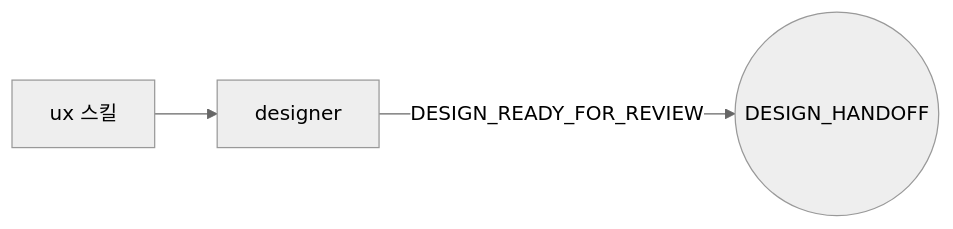
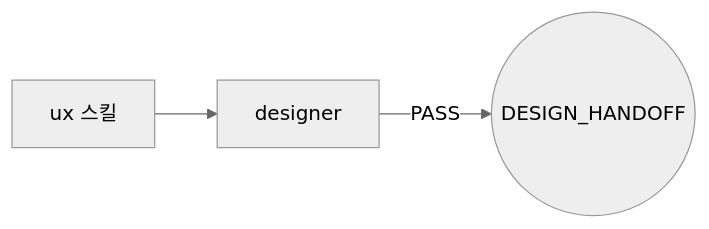
One commit to alruminum/dcNess changed the fifth of 8 diagrams in docs/plugin/orchestration.md. Above: the diagram before and after it, drawn with Mermaid (neutral theme). The commit also changed other lines of this file and 17 other files, not shown here.

````diff
--- a/docs/plugin/orchestration.md
+++ b/docs/plugin/orchestration.md
@@ -161,5 +161,5 @@
 ```mermaid
 flowchart LR
     ux[ux 스킬] --> designer
-    designer -->|DESIGN_READY_FOR_REVIEW| handoff((DESIGN_HANDOFF))
+    designer -->|PASS| handoff((DESIGN_HANDOFF))
 ```
````
